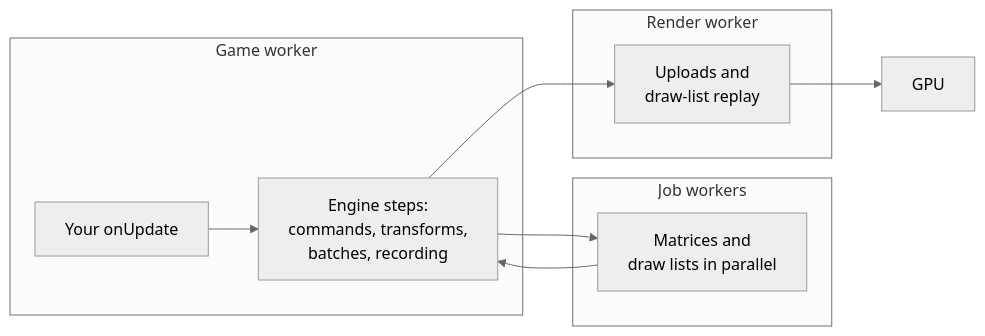
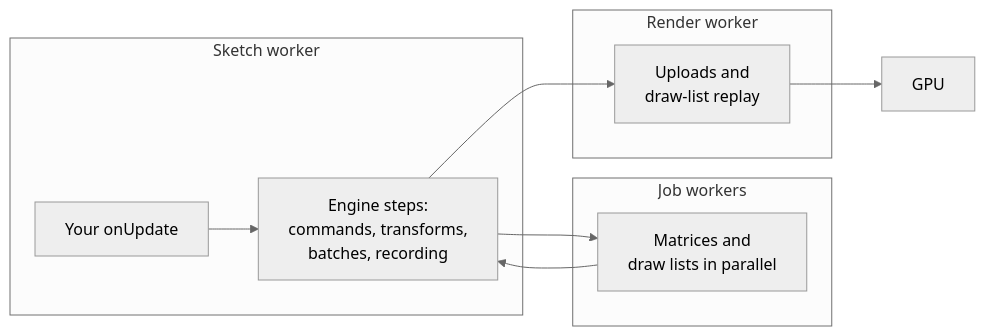
One commit to null3d-engine/null3d changed the diagram in docs/guides/performance.md. Above: the diagram before and after it, drawn with Mermaid (neutral theme). The commit also changed other lines of this file and 116 other files, not shown here.

First line of the commit message:
feat(engine)!: call a 3D scene a sketch, and rename the game APIs to match

````diff
--- a/docs/guides/performance.md
+++ b/docs/guides/performance.md
@@ -17,14 +17,14 @@
 ```mermaid
 flowchart LR
-    subgraph game["Game worker"]
+    subgraph sketch["Sketch worker"]
         update["Your onUpdate"] --> steps["Engine steps:<br/>commands, transforms,<br/>batches, recording"]
     end
     subgraph jobs["Job workers"]
         parallel["Matrices and<br/>draw lists in parallel"]
     end
     subgraph render["Render worker"]
         replay["Uploads and<br/>draw-list replay"]
     end
     steps --> parallel --> steps
     steps --> replay --> gpu["GPU"]
 ```
````
